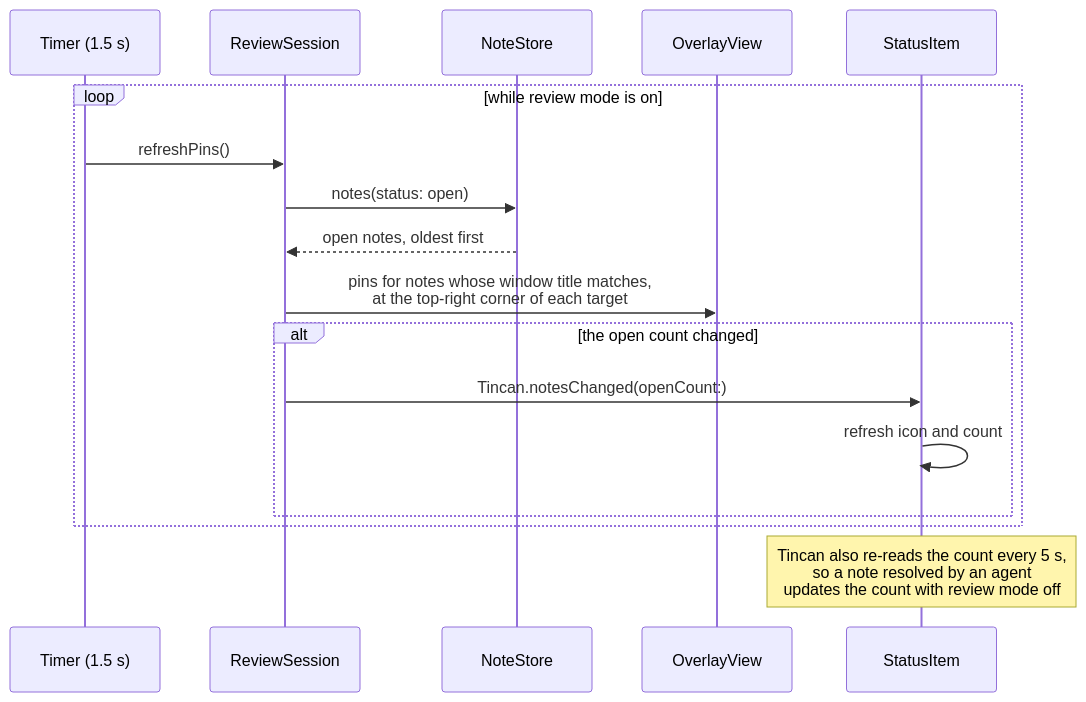
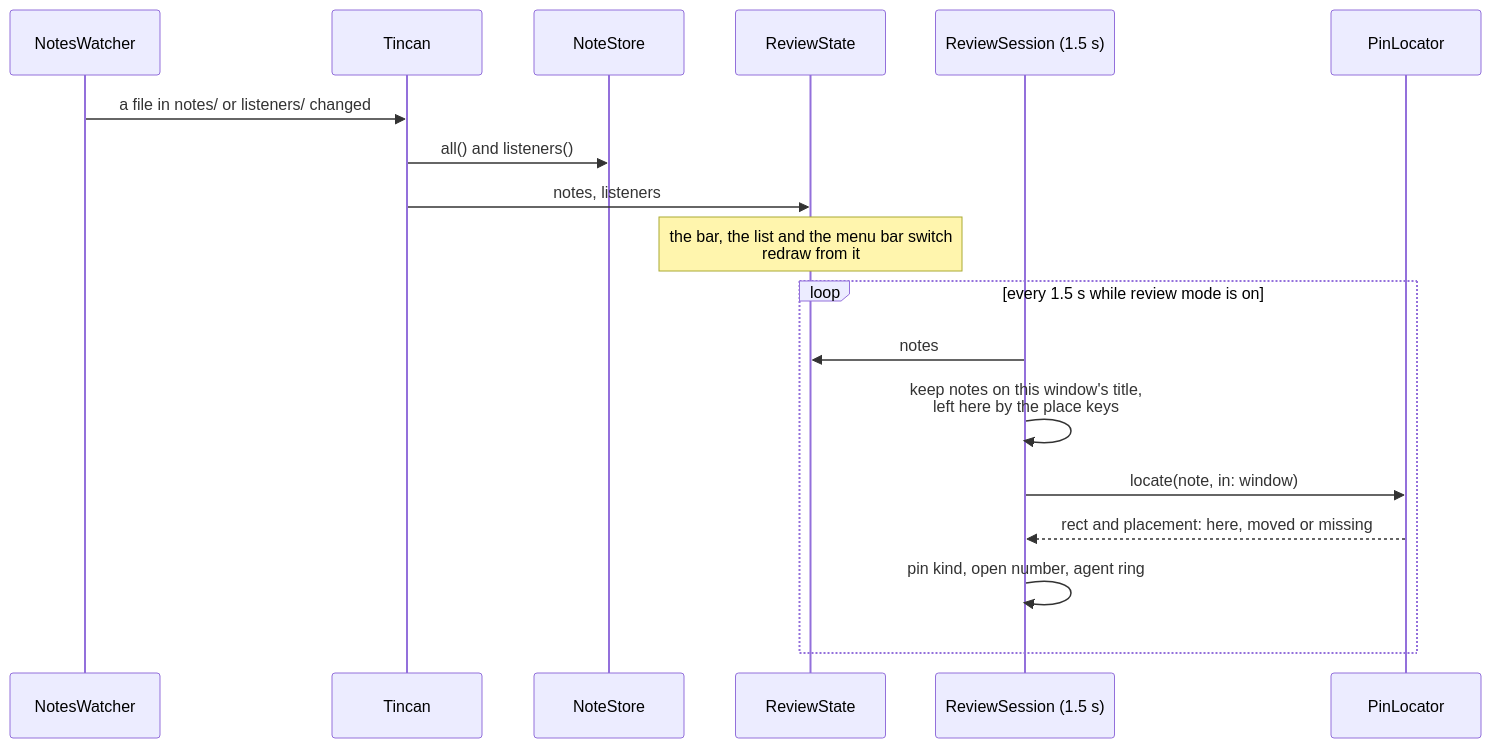
Before and after one commit to ordinarynerds/tincan: diagram 13 of 25 in docs/ARCHITECTURE.md, drawn with Mermaid. The commit also changed other lines of this file and 39 other files, not shown here.

First line of the commit message:
Tincan 0.2.0: edit and reopen notes, check fixes in place, notes list

````diff
--- a/docs/ARCHITECTURE.md
+++ b/docs/ARCHITECTURE.md
@@ -285,20 +406,21 @@
 ```mermaid
 sequenceDiagram
-    participant T as Timer (1.5 s)
-    participant S as ReviewSession
+    participant W as NotesWatcher
+    participant T as Tincan
     participant D as NoteStore
-    participant O as OverlayView
-    participant M as StatusItem
+    participant R as ReviewState
+    participant S as ReviewSession (1.5 s)
+    participant L as PinLocator
 
-    loop while review mode is on
-        T->>S: refreshPins()
-        S->>D: notes(status: open)
-        D-->>S: open notes, oldest first
-        S->>O: pins for notes whose window title matches,<br/>at the top-right corner of each target
-        alt the open count changed
-            S->>M: Tincan.notesChanged(openCount:)
-            M->>M: refresh icon and count
-        end
+    W->>T: a file in notes/ or listeners/ changed
+    T->>D: all() and listeners()
+    T->>R: notes, listeners
+    Note over R: the bar, the list and the menu bar switch<br/>redraw from it
+    loop every 1.5 s while review mode is on
+        S->>R: notes
+        S->>S: keep notes on this window's title,<br/>left here by the place keys
+        S->>L: locate(note, in: window)
+        L-->>S: rect and placement: here, moved or missing
+        S->>S: pin kind, open number, agent ring
     end
-    Note over M: Tincan also re-reads the count every 5 s,<br/>so a note resolved by an agent<br/>updates the count with review mode off
 ```
````
